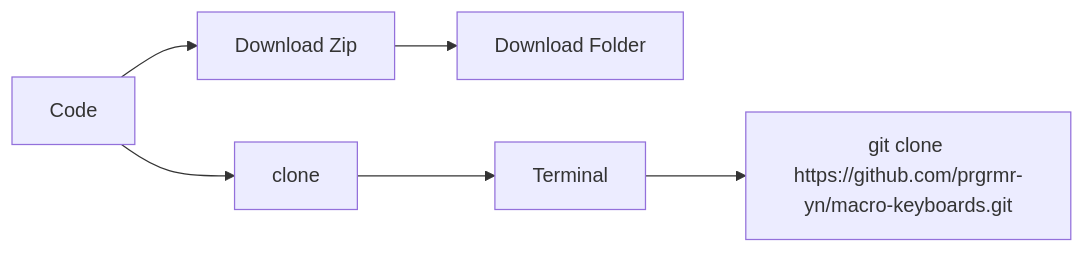
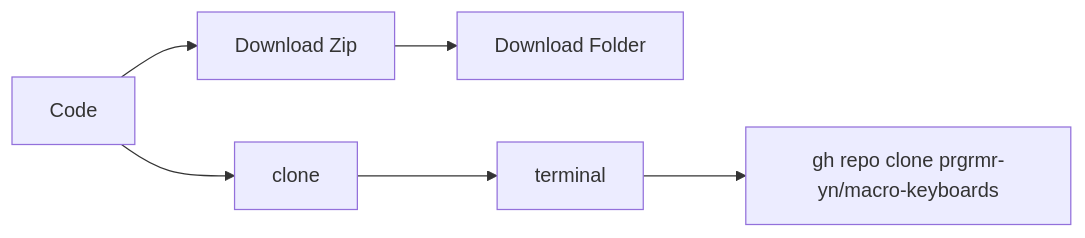
Before and after one commit to prgrmr-yn/macro-keyboards: the diagram in README.md, drawn with Mermaid.

````diff
--- a/README.md
+++ b/README.md
@@ -7,6 +7,6 @@
 ```mermaid
 graph LR
 A[Code] --> B[Download Zip] --> F[Download Folder]
-A --> C[clone] --> Terminal --> D[git clone https://github.com/prgrmr-yn/macro-keyboards.git]
+A --> C[clone] --> terminal --> D[gh repo clone prgrmr-yn/macro-keyboards]
 
 ```
````
